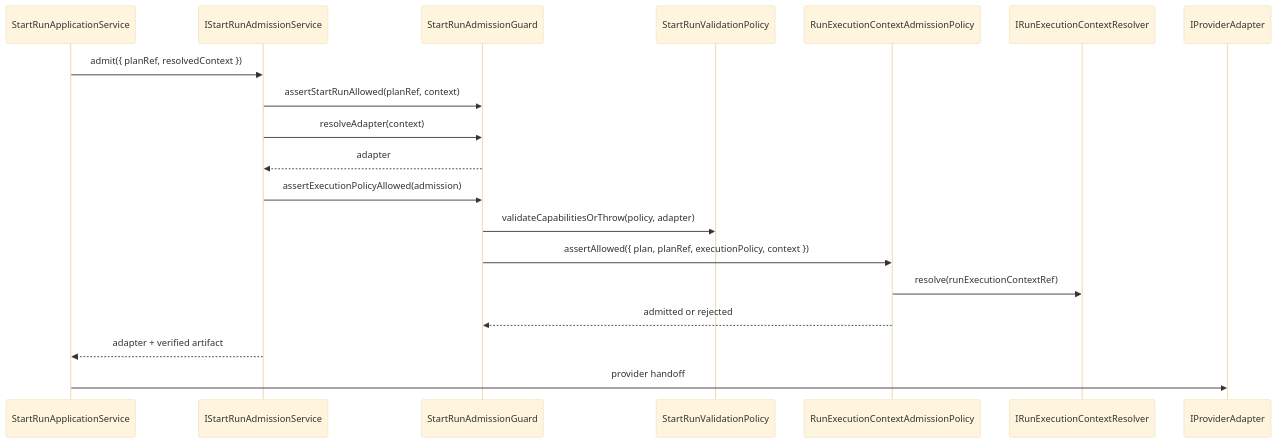
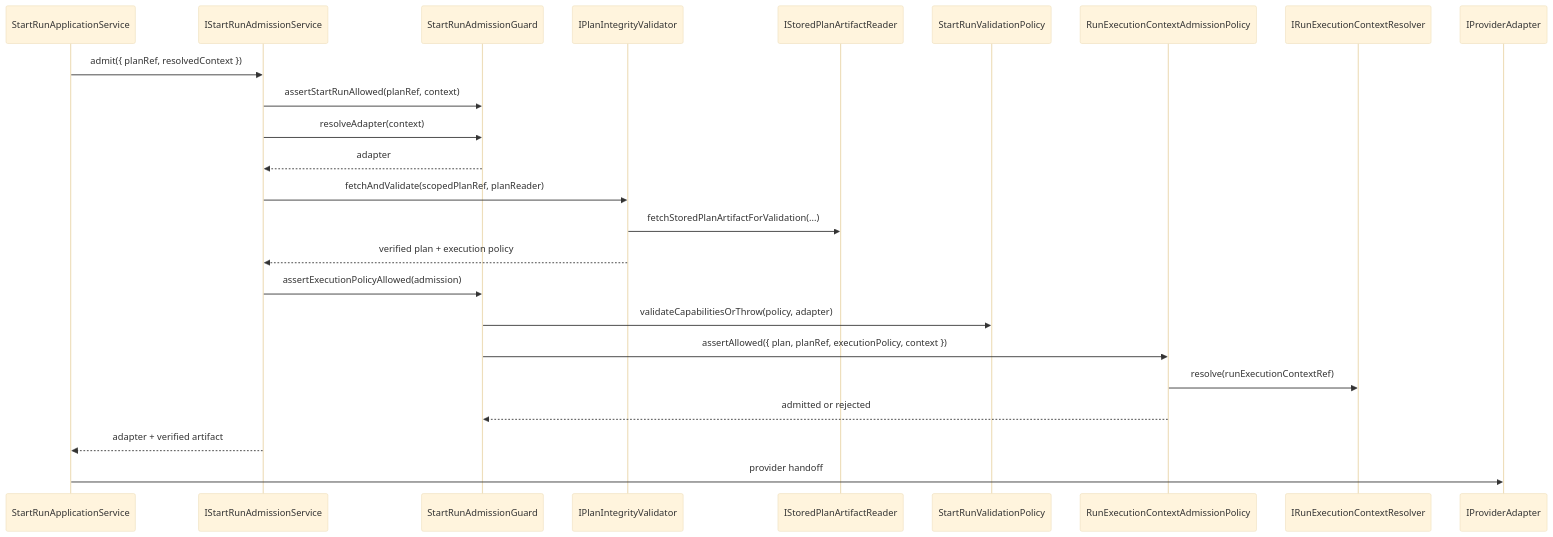
One commit to dunay2/dvt changed the third of 3 diagrams in docs/architecture/components/engine/architecture/start-run-admission-component.md. Above: the diagram before and after it, drawn with Mermaid (base theme). The commit also changed other lines of this file and 3 other files, not shown here.

````diff
--- a/docs/architecture/components/engine/architecture/start-run-admission-component.md
+++ b/docs/architecture/components/engine/architecture/start-run-admission-component.md
@@ -119,22 +124,27 @@
 ```mermaid
 sequenceDiagram
   participant UseCase as StartRunApplicationService
   participant Admission as IStartRunAdmissionService
   participant Guard as StartRunAdmissionGuard
+  participant Integrity as IPlanIntegrityValidator
+  participant PlanReader as IStoredPlanArtifactReader
   participant Capabilities as StartRunValidationPolicy
   participant Context as RunExecutionContextAdmissionPolicy
   participant Resolver as IRunExecutionContextResolver
   participant Adapter as IProviderAdapter
 
   UseCase->>Admission: admit({ planRef, resolvedContext })
   Admission->>Guard: assertStartRunAllowed(planRef, context)
   Admission->>Guard: resolveAdapter(context)
   Guard-->>Admission: adapter
+  Admission->>Integrity: fetchAndValidate(scopedPlanRef, planReader)
+  Integrity->>PlanReader: fetchStoredPlanArtifactForValidation(...)
+  Integrity-->>Admission: verified plan + execution policy
   Admission->>Guard: assertExecutionPolicyAllowed(admission)
   Guard->>Capabilities: validateCapabilitiesOrThrow(policy, adapter)
   Guard->>Context: assertAllowed({ plan, planRef, executionPolicy, context })
   Context->>Resolver: resolve(runExecutionContextRef)
   Context-->>Guard: admitted or rejected
   Admission-->>UseCase: adapter + verified artifact
   UseCase->>Adapter: provider handoff
 ```
````
